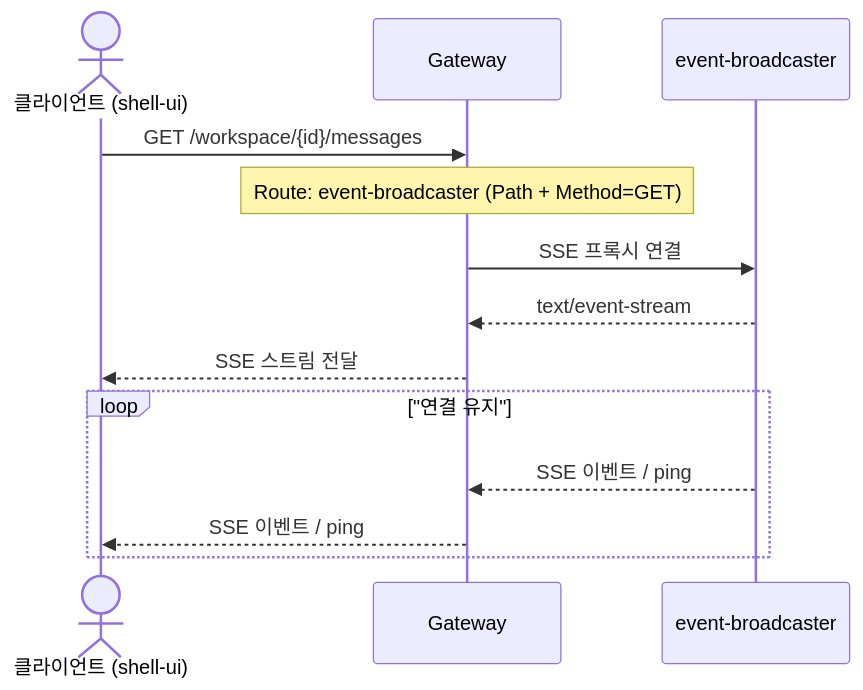
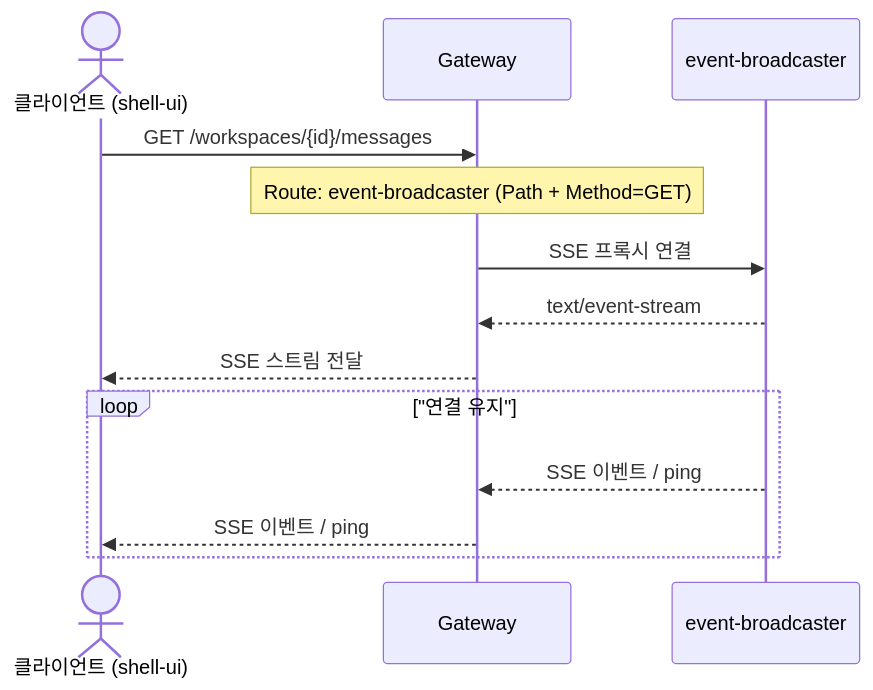
One commit to sayaya1090/handbook changed the third of 6 diagrams in gateway/USECASE.md. Above: the diagram before and after it, drawn with Mermaid. The commit also changed other lines of this file and 58 other files, not shown here.

````diff
--- a/gateway/USECASE.md
+++ b/gateway/USECASE.md
@@ -53,16 +53,16 @@
 ```mermaid
 sequenceDiagram
     actor Client as 클라이언트 (shell-ui)
     participant GW as Gateway
     participant EB as event-broadcaster
 
-    Client->>GW: GET /workspace/{id}/messages
+    Client->>GW: GET /workspaces/{id}/messages
     Note over GW: Route: event-broadcaster (Path + Method=GET)
     GW->>EB: SSE 프록시 연결
     EB-->>GW: text/event-stream
     GW-->>Client: SSE 스트림 전달
     loop "연결 유지"
         EB-->>GW: SSE 이벤트 / ping
         GW-->>Client: SSE 이벤트 / ping
     end
 ```
````
